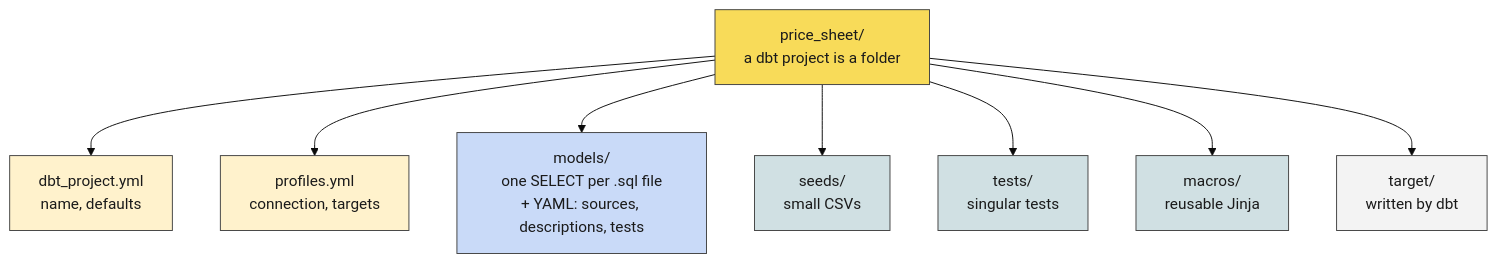
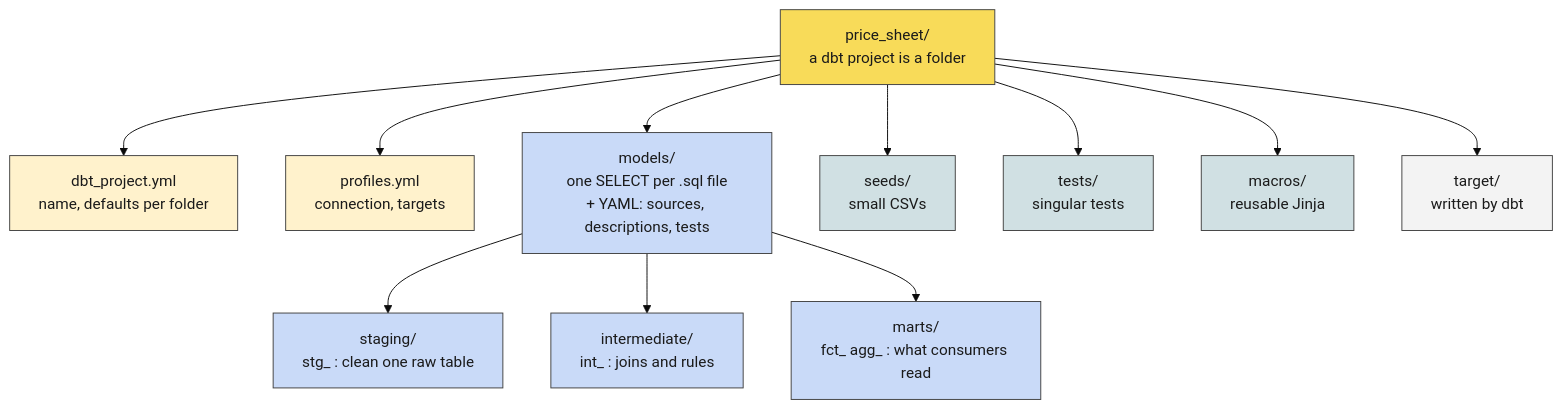
The diagram in courseware/common/diagrams/src/d3-project-anatomy.mmd (reachusama-decoded/cg-dxp), drawn with Mermaid (base theme) before and after one commit. The commit also changed 55 other files, not shown here.

```diff
--- a/courseware/common/diagrams/src/d3-project-anatomy.mmd
+++ b/courseware/common/diagrams/src/d3-project-anatomy.mmd
@@ -1,20 +1,23 @@
 flowchart TB
-  P["price_sheet/<br/>a dbt project is a folder"] --> Y1["dbt_project.yml<br/>name, defaults"]
+  P["price_sheet/<br/>a dbt project is a folder"] --> Y1["dbt_project.yml<br/>name, defaults per folder"]
   P --> Y2["profiles.yml<br/>connection, targets"]
   P --> M["models/<br/>one SELECT per .sql file<br/>+ YAML: sources, descriptions, tests"]
   P --> Sd["seeds/<br/>small CSVs"]
   P --> T["tests/<br/>singular tests"]
   P --> Mc["macros/<br/>reusable Jinja"]
   P --> Tg["target/<br/>written by dbt"]
+  M --> L1["staging/<br/>stg_ : clean one raw table"]
+  M --> L2["intermediate/<br/>int_ : joins and rules"]
+  M --> L3["marts/<br/>fct_ agg_ : what consumers read"]
   class P focus
   class Y1,Y2 yellow
-  class M blue
+  class M,L1,L2,L3 blue
   class Sd,T,Mc aqua
   class Tg grey
 classDef blue fill:#C9DAF8,stroke:#434343,color:#1a1a1a
 classDef yellow fill:#FFF2CC,stroke:#434343,color:#1a1a1a
 classDef focus fill:#F8DB59,stroke:#434343,color:#1a1a1a
 classDef green fill:#D9EAD3,stroke:#434343,color:#1a1a1a
 classDef aqua fill:#D0E0E3,stroke:#434343,color:#1a1a1a
 classDef grey fill:#F3F3F3,stroke:#434343,color:#1a1a1a
 classDef red fill:#F4CCCC,stroke:#434343,color:#1a1a1a
```
